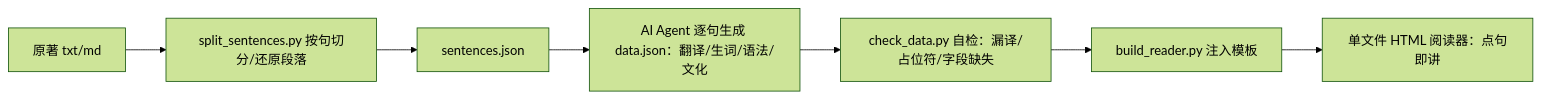
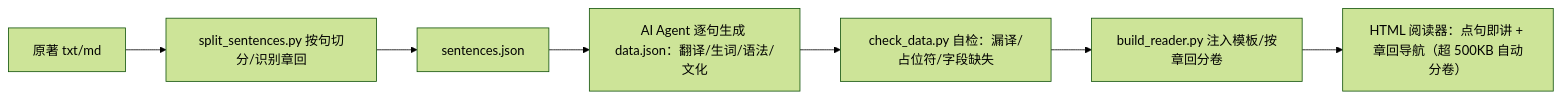
One commit to feuyeux/hello-skills changed the second of 2 diagrams in README.md. Above: the diagram before and after it, drawn with Mermaid (forest theme). The commit also changed other lines of this file and 9 other files, not shown here.

````diff
--- a/README.md
+++ b/README.md
@@ -137,9 +137,9 @@
 ```mermaid
 flowchart LR
-    A["原著 txt/md"] --> B["split_sentences.py 按句切分/还原段落"]
+    A["原著 txt/md"] --> B["split_sentences.py 按句切分/识别章回"]
     B --> C["sentences.json"]
     C --> D["AI Agent 逐句生成 data.json：翻译/生词/语法/文化"]
     D --> D2["check_data.py 自检：漏译/占位符/字段缺失"]
-    D2 --> E["build_reader.py 注入模板"]
-    E --> F["单文件 HTML 阅读器：点句即讲"]
+    D2 --> E["build_reader.py 注入模板/按章回分卷"]
+    E --> F["HTML 阅读器：点句即讲 + 章回导航（超 500KB 自动分卷）"]
 ```
````
